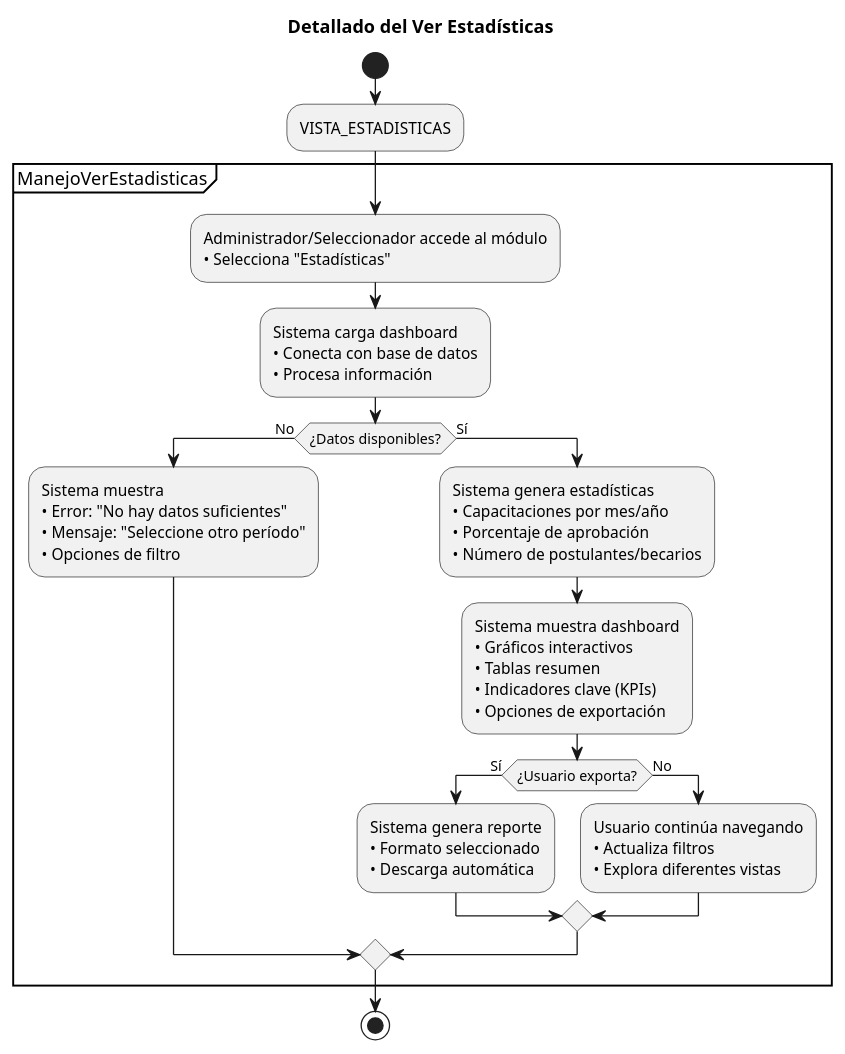
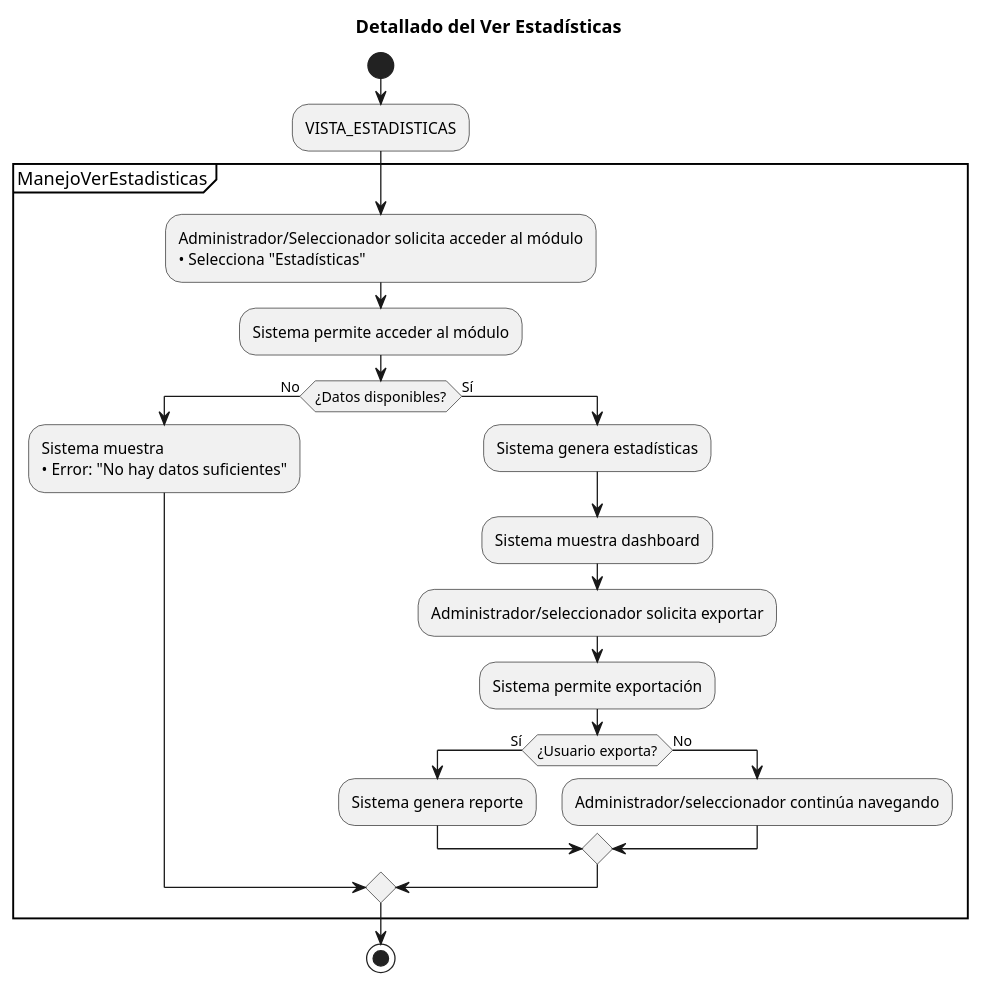
Before and after one commit to Dievex/24-25-IdSw1-SDR: the diagram in casos_de_uso/diagramas_casos_de_uso_detallados/ver_estadisticas.puml, drawn with PlantUML.

Commit message:
refactor(diagrams): simplify ver_estadisticas use case diagram

```diff
--- a/casos_de_uso/diagramas_casos_de_uso_detallados/ver_estadisticas.puml
+++ b/casos_de_uso/diagramas_casos_de_uso_detallados/ver_estadisticas.puml
@@ -1,57 +1,41 @@
 @startuml
 title Detallado del Ver Estadísticas
 
 start
 
 :VISTA_ESTADISTICAS;
 
 partition ManejoVerEstadisticas {
   
-  :Administrador/Seleccionador accede al módulo
+  :Administrador/Seleccionador solicita acceder al módulo
   • Selecciona "Estadísticas";
 
-  
-  :Sistema carga dashboard
-  • Conecta con base de datos
-  • Procesa información;
+  :Sistema permite acceder al módulo;
   
   if (¿Datos disponibles?) then (No)
     :Sistema muestra
-    • Error: "No hay datos suficientes"
-    • Mensaje: "Seleccione otro período"
-    • Opciones de filtro;
+    • Error: "No hay datos suficientes";
     
   else (Sí)
-    :Sistema genera estadísticas
-    • Capacitaciones por mes/año
-    • Porcentaje de aprobación
-    • Número de postulantes/becarios;
-  
- 
+    :Sistema genera estadísticas;
     
-    :Sistema muestra dashboard
-    • Gráficos interactivos
-    • Tablas resumen
-    • Indicadores clave (KPIs)
-    • Opciones de exportación;
-    
- 
+    :Sistema muestra dashboard;
+
+    :Administrador/seleccionador solicita exportar;
+
+    :Sistema permite exportación;
     
     if (¿Usuario exporta?) then (Sí)
-      :Sistema genera reporte
-      • Formato seleccionado
-      • Descarga automática;
+      :Sistema genera reporte;
       
     else (No)
-      :Usuario continúa navegando
-      • Actualiza filtros
-      • Explora diferentes vistas;
+      :Administrador/seleccionador continúa navegando;
       
     endif
     
   endif
   
 }
 
 stop
 @end
```
